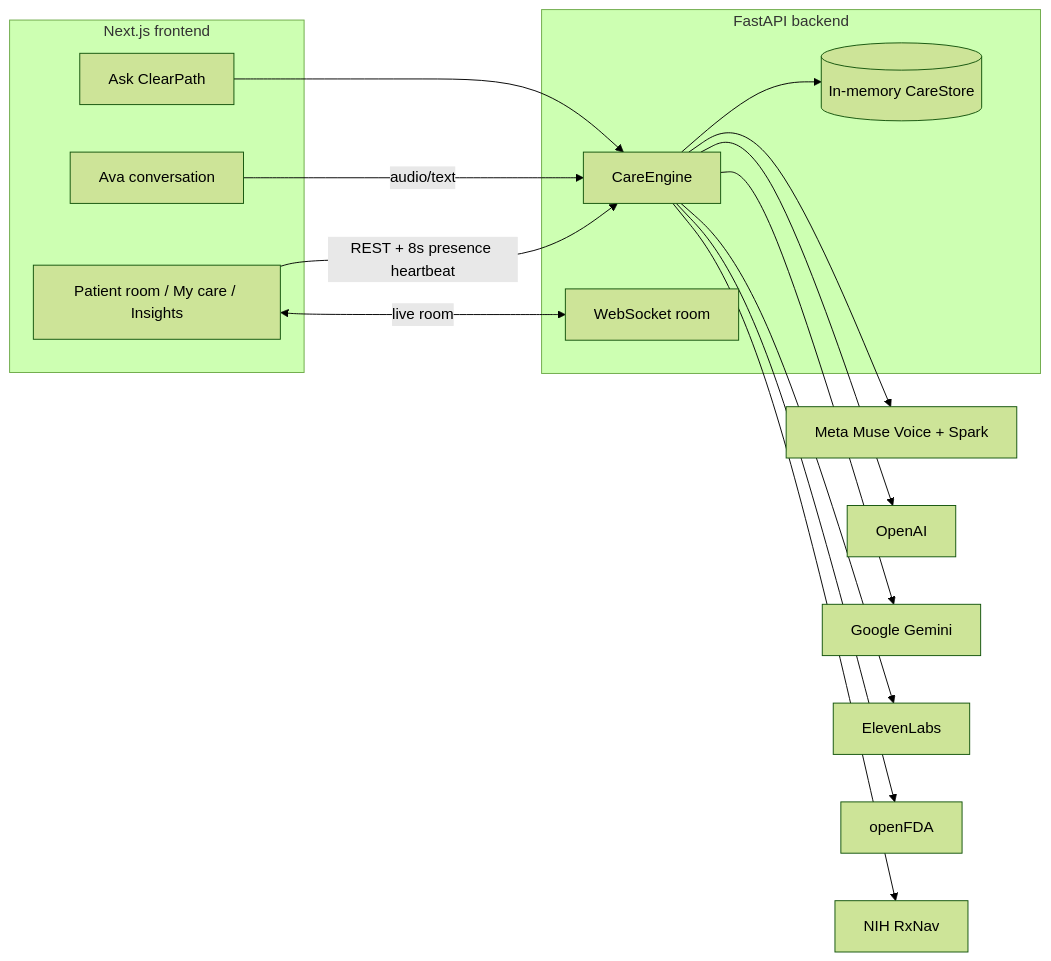
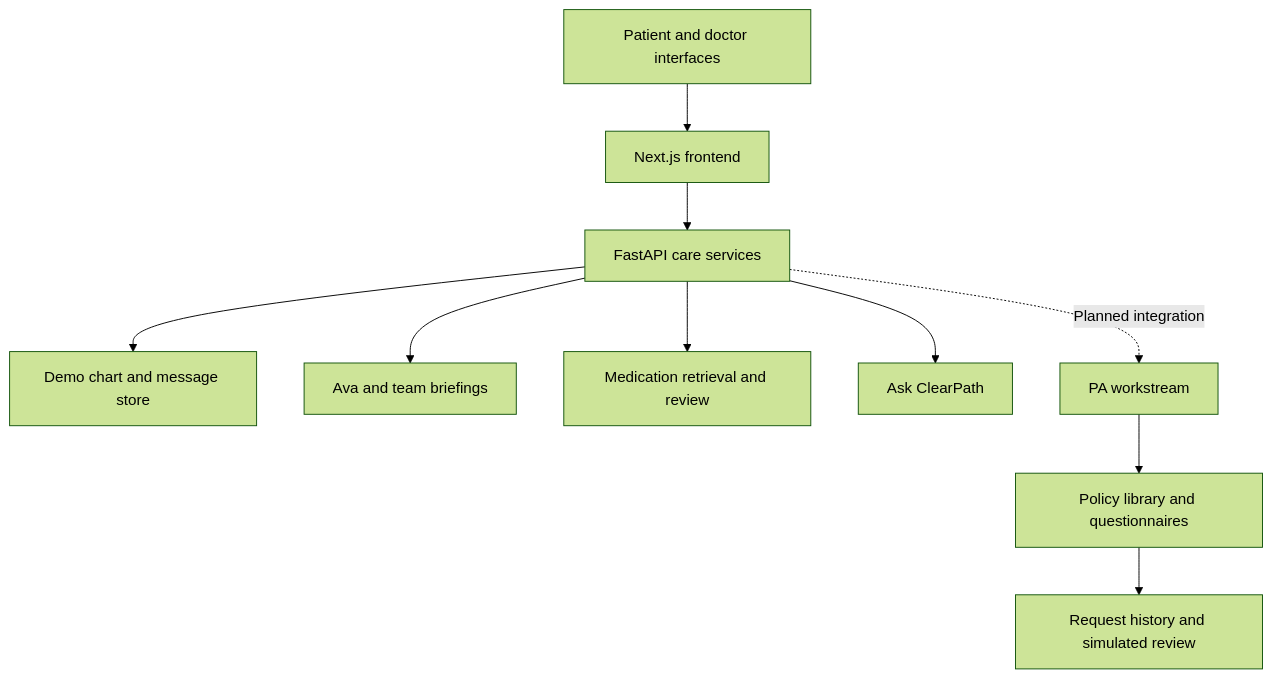
Before and after one commit to hariomsah01/HackGT-13: the fourth of 4 diagrams in README.md, drawn with Mermaid (forest theme). The commit also changed other lines of this file, not shown here.

````diff
--- a/README.md
+++ b/README.md
@@ -122,24 +202,12 @@
 ```mermaid
-flowchart LR
-  subgraph Browser["Next.js frontend"]
-    UI[Patient room / My care / Insights]
-    AVA[Ava conversation]
-    ASK[Ask ClearPath]
-  end
-  subgraph API["FastAPI backend"]
-    ENG[CareEngine]
-    STORE[(In-memory CareStore)]
-    WS[WebSocket room]
-  end
-  UI -- REST + 8s presence heartbeat --> ENG
-  UI <-- live room --> WS
-  AVA -- audio/text --> ENG
-  ASK --> ENG
-  ENG --> STORE
-  ENG --> MUSE[Meta Muse Voice + Spark]
-  ENG --> OAI[OpenAI]
-  ENG --> GEM[Google Gemini]
-  ENG --> XI[ElevenLabs]
-  ENG --> FDA[openFDA]
-  ENG --> RX[NIH RxNav]
+flowchart TD
+    A[Patient and doctor interfaces] --> B[Next.js frontend]
+    B --> C[FastAPI care services]
+    C --> D[Demo chart and message store]
+    C --> E[Ava and team briefings]
+    C --> F[Medication retrieval and review]
+    C --> G[Ask ClearPath]
+    H[PA workstream] --> I[Policy library and questionnaires]
+    I --> J[Request history and simulated review]
+    C -. Planned integration .-> H
 ```
````
